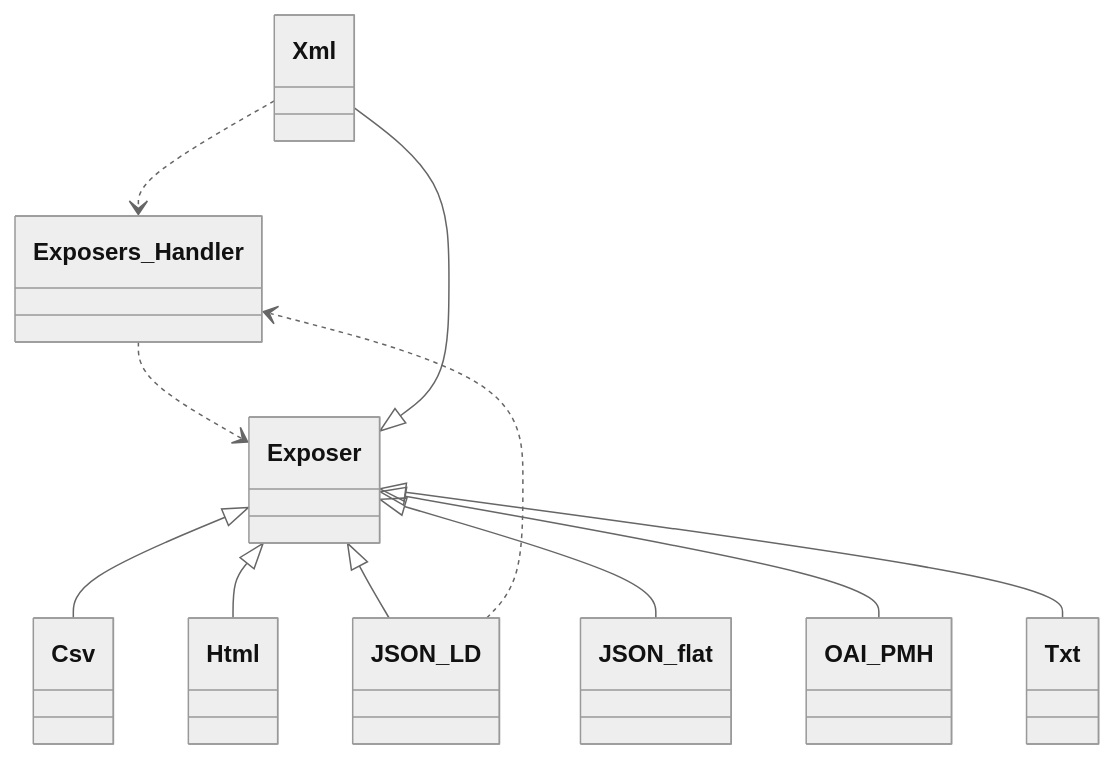
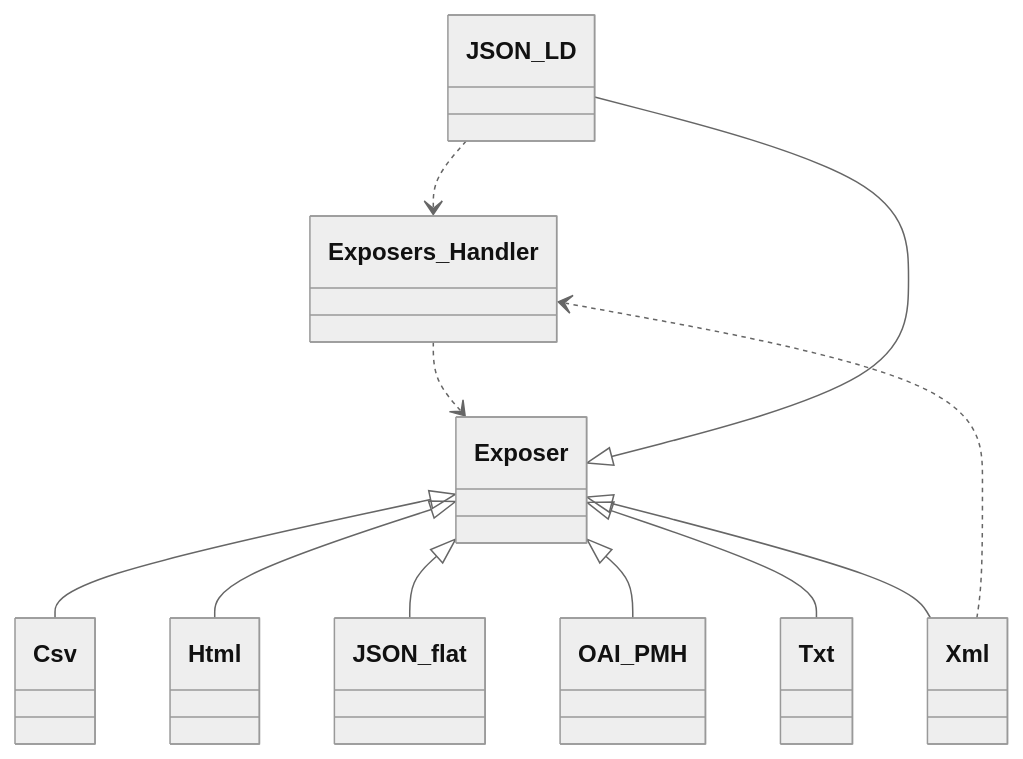
One commit to tainacan/tainacan changed the sixth of 13 diagrams in docs/phpdoc/Home.md. Above: the diagram before and after it, drawn with Mermaid (neutral theme). The commit also changed other lines of this file and 98 other files, not shown here.

````diff
--- a/docs/phpdoc/Home.md
+++ b/docs/phpdoc/Home.md
@@ -461,23 +455,23 @@
 ```mermaid
 classDiagram
     direction TB
+    class JSON_LD { }
+    class Exposer { }
+    class JSON_flat { }
+    class Csv { }
+    class OAI_PMH { }
+    class Txt { }
     class Xml { }
-    class Csv { }
-    class Txt { }
     class Exposers_Handler { }
-    class JSON_flat { }
     class Html { }
-    class Exposer { }
-    class JSON_LD { }
-    class OAI_PMH { }
     Exposer <|-- Csv
     Exposer <|-- Html
     Exposer <|-- JSON_LD
     Exposer <|-- JSON_flat
     Exposer <|-- OAI_PMH
     Exposer <|-- Txt
     Exposer <|-- Xml
     Exposers_Handler ..> Exposer
     JSON_LD ..> Exposers_Handler
     Xml ..> Exposers_Handler
 ```
````
